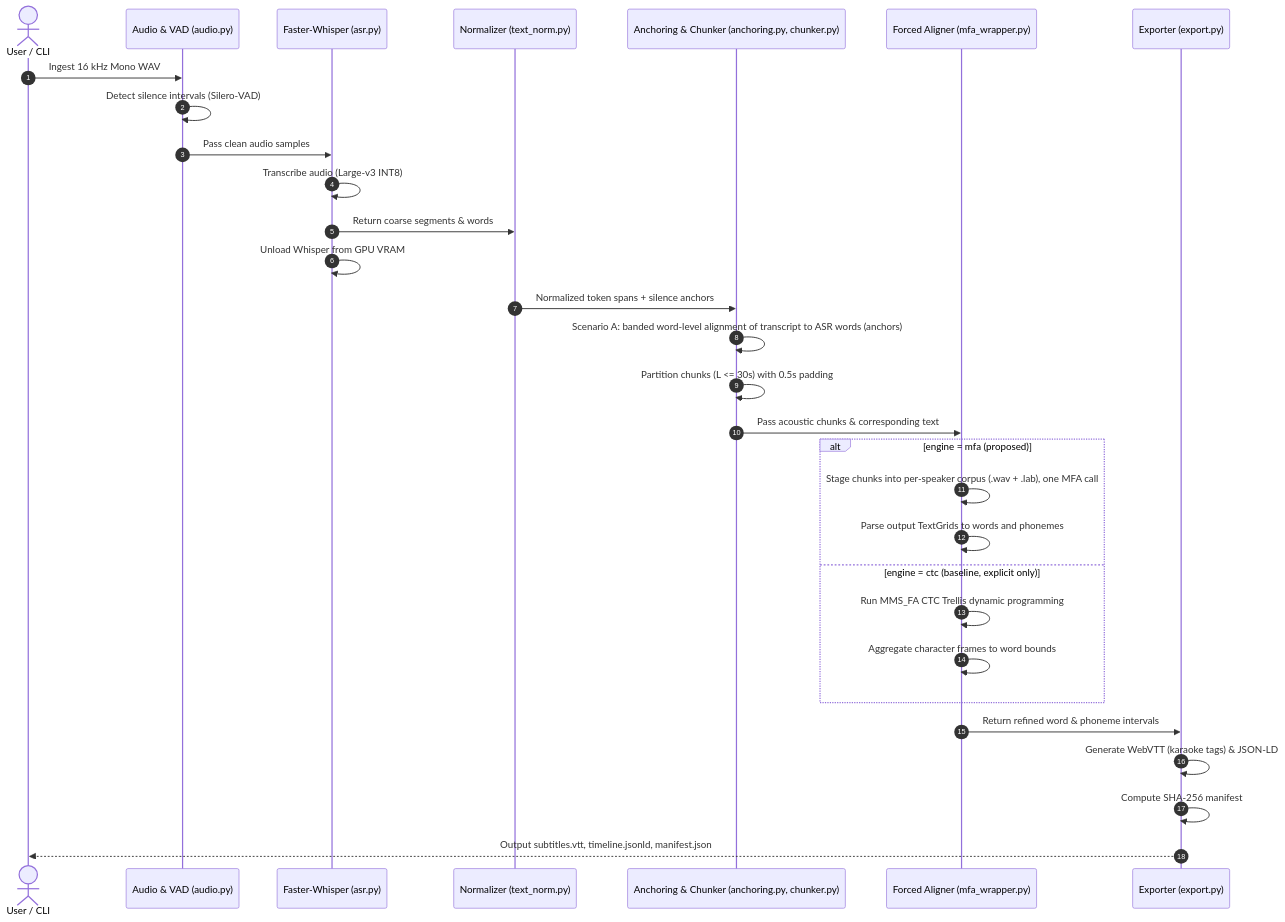
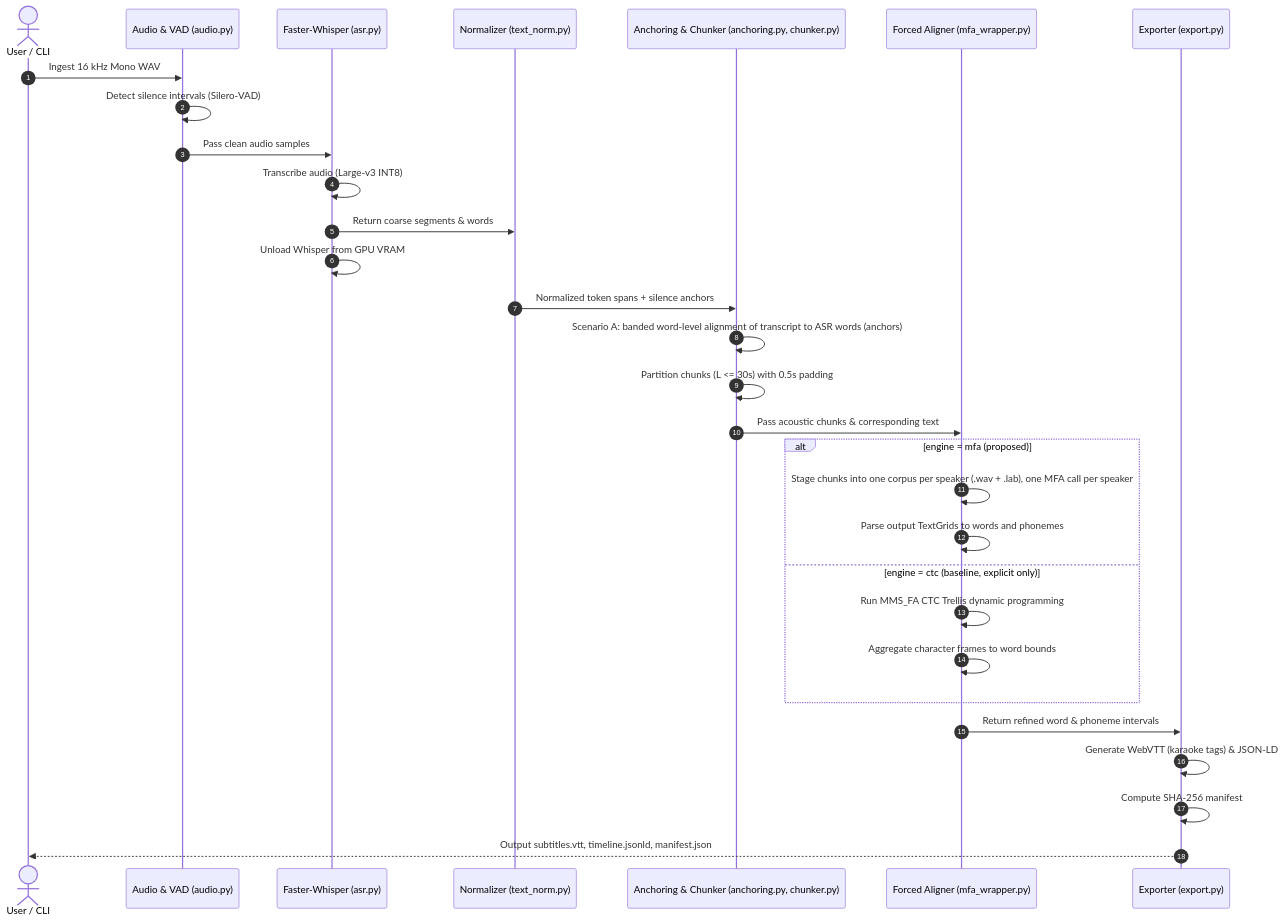
Before and after one commit to asqarnurym/local-subtitle-workbench: the diagram in docs/ARCHITECTURE.md, drawn with Mermaid. The commit also changed 4 other files, not shown here.

First line of the commit message:
fix(aligner): run MFA once per speaker

````diff
--- a/docs/ARCHITECTURE.md
+++ b/docs/ARCHITECTURE.md
@@ -101,33 +101,33 @@
 ```mermaid
 sequenceDiagram
     autonumber
     actor User as User / CLI
     participant Ingest as Audio & VAD (audio.py)
     participant ASR as Faster-Whisper (asr.py)
     participant Norm as Normalizer (text_norm.py)
     participant DTW as Anchoring & Chunker (anchoring.py, chunker.py)
     participant Align as Forced Aligner (mfa_wrapper.py)
     participant Export as Exporter (export.py)
 
     User->>Ingest: Ingest 16 kHz Mono WAV
     Ingest->>Ingest: Detect silence intervals (Silero-VAD)
     Ingest->>ASR: Pass clean audio samples
     ASR->>ASR: Transcribe audio (Large-v3 INT8)
     ASR->>Norm: Return coarse segments & words
     ASR->>ASR: Unload Whisper from GPU VRAM
     Norm->>DTW: Normalized token spans + silence anchors
     DTW->>DTW: Scenario A: banded word-level alignment of transcript to ASR words (anchors)
     DTW->>DTW: Partition chunks (L <= 30s) with 0.5s padding
     DTW->>Align: Pass acoustic chunks & corresponding text
     alt engine = mfa (proposed)
-        Align->>Align: Stage chunks into per-speaker corpus (.wav + .lab), one MFA call
+        Align->>Align: Stage chunks into one corpus per speaker (.wav + .lab), one MFA call per speaker
         Align->>Align: Parse output TextGrids to words and phonemes
     else engine = ctc (baseline, explicit only)
         Align->>Align: Run MMS_FA CTC Trellis dynamic programming
         Align->>Align: Aggregate character frames to word bounds
     end
     Align->>Export: Return refined word & phoneme intervals
     Export->>Export: Generate WebVTT (karaoke tags) & JSON-LD
     Export->>Export: Compute SHA-256 manifest
     Export-->>User: Output subtitles.vtt, timeline.jsonld, manifest.json
 ```
````
